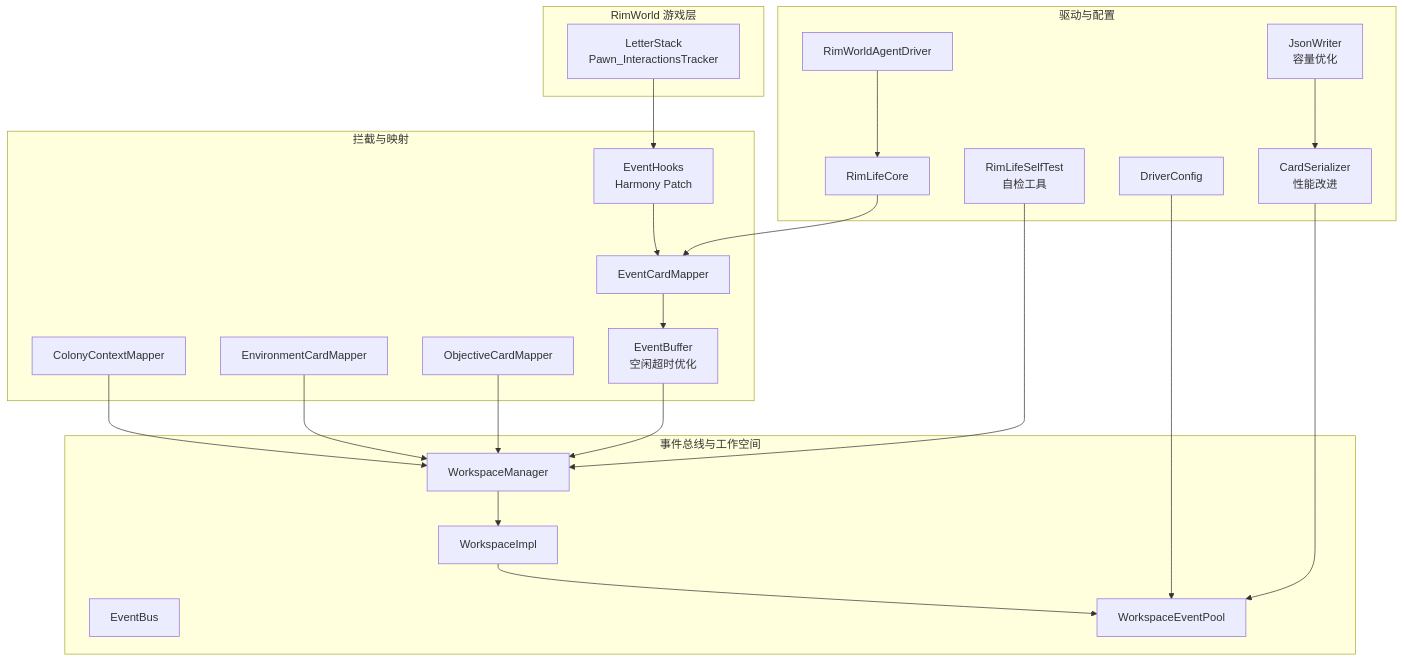
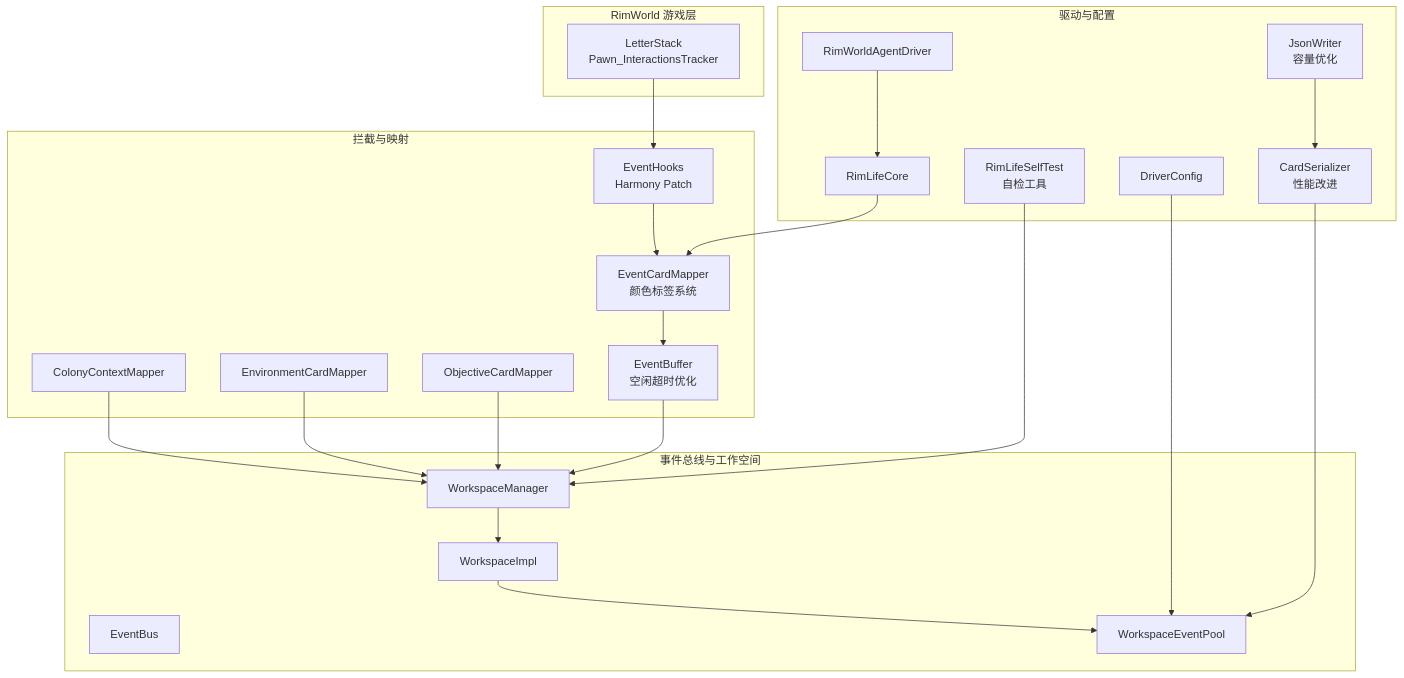
One commit to suzvka/RimLife changed the first of 9 diagrams in .qoder/repowiki/zh/content/事件系统集成.md. Above: the diagram before and after it, drawn with Mermaid. The commit also changed other lines of this file and 35 other files, not shown here.

````diff
--- a/.qoder/repowiki/zh/content/事件系统集成.md
+++ b/.qoder/repowiki/zh/content/事件系统集成.md
@@ -59,43 +61,43 @@
 ```mermaid
 graph TB
 subgraph "RimWorld 游戏层"
 LW["LetterStack<br/>Pawn_InteractionsTracker"]
 end
 subgraph "拦截与映射"
 EH["EventHooks<br/>Harmony Patch"]
-ECM["EventCardMapper"]
+ECM["EventCardMapper<br/>颜色标签系统"]
 CCM["ColonyContextMapper"]
 EVM["EnvironmentCardMapper"]
 OBM["ObjectiveCardMapper"]
 EBuf["EventBuffer<br/>空闲超时优化"]
 end
 subgraph "事件总线与工作空间"
 EB["EventBus"]
 WM["WorkspaceManager"]
 WSI["WorkspaceImpl"]
 WEP["WorkspaceEventPool"]
 end
 subgraph "驱动与配置"
 RWD["RimWorldAgentDriver"]
 RLC["RimLifeCore"]
 DC["DriverConfig"]
 ST["RimLifeSelfTest<br/>自检工具"]
 JS["JsonWriter<br/>容量优化"]
 CS["CardSerializer<br/>性能改进"]
 end
 LW --> EH
 EH --> ECM
 ECM --> EBuf
 CCM --> WM
 EVM --> WM
 OBM --> WM
 EBuf --> WM
 WM --> WSI
 WSI --> WEP
 RWD --> RLC
 RLC --> ECM
 DC --> WEP
 ST --> WM
 JS --> CS
 CS --> WEP
 ```
````
